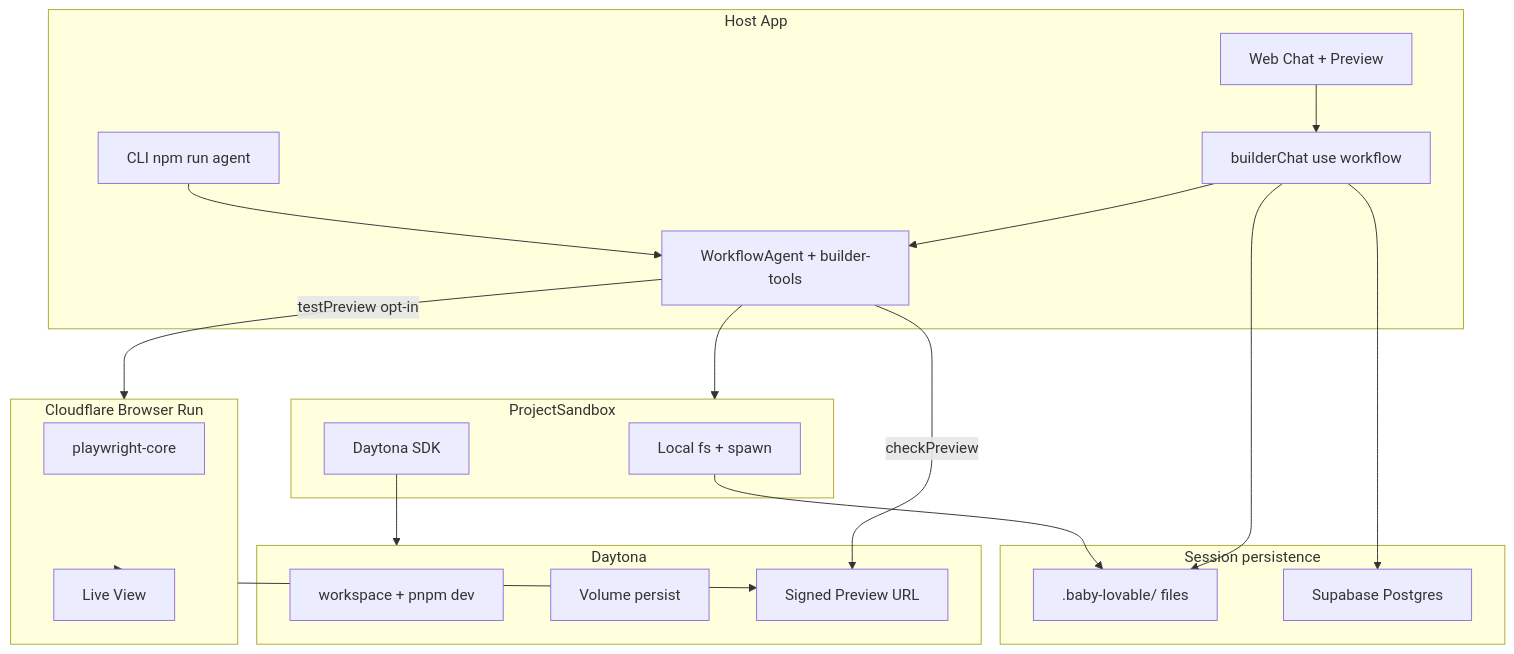
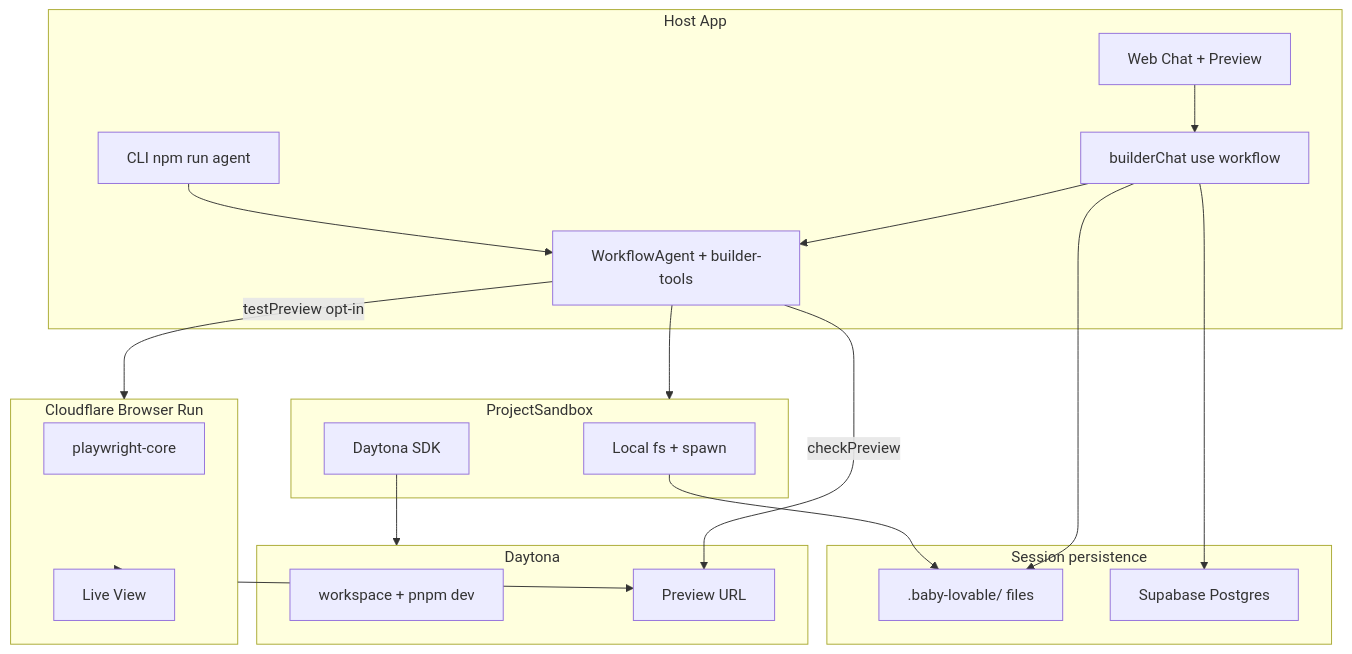
Before and after one commit to 1nFrastr/baby-lovable: the diagram in docs/ARCHITECTURE.md, drawn with Mermaid. The commit also changed other lines of this file and 6 other files, not shown here.

First line of the commit message:
chore: remove Daytona Volume persistence from docs and schema

````diff
--- a/docs/ARCHITECTURE.md
+++ b/docs/ARCHITECTURE.md
@@ -7,42 +7,41 @@
 ```mermaid
 flowchart TB
   subgraph Host["Host App"]
     CLI["CLI npm run agent"]
     Web["Web Chat + Preview"]
     WF["builderChat use workflow"]
     Agent["WorkflowAgent + builder-tools"]
   end
 
   subgraph Persist["Session persistence"]
     Files[".baby-lovable/ files"]
     Supa["Supabase Postgres"]
   end
 
   subgraph Sandbox["ProjectSandbox"]
     Local["Local fs + spawn"]
     Day["Daytona SDK"]
   end
 
   subgraph Remote["Daytona"]
     WS["workspace + pnpm dev"]
-    Vol["Volume persist"]
-    Prev["Signed Preview URL"]
+    Prev["Preview URL"]
   end
 
   subgraph BR["Cloudflare Browser Run"]
     PW["playwright-core"]
     LV["Live View"]
   end
 
   CLI --> Agent
   Web --> WF --> Agent
   Agent --> Sandbox
   Local --> Files
   Day --> Remote
   Agent -->|checkPreview| Prev
   Agent -->|testPreview opt-in| BR
   BR --> Prev
   BR --> LV
   WF --> Files
   WF --> Supa
 ```
````
